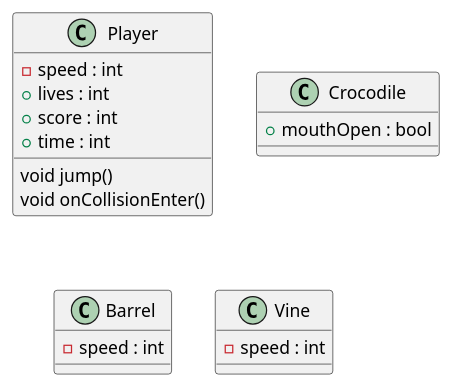
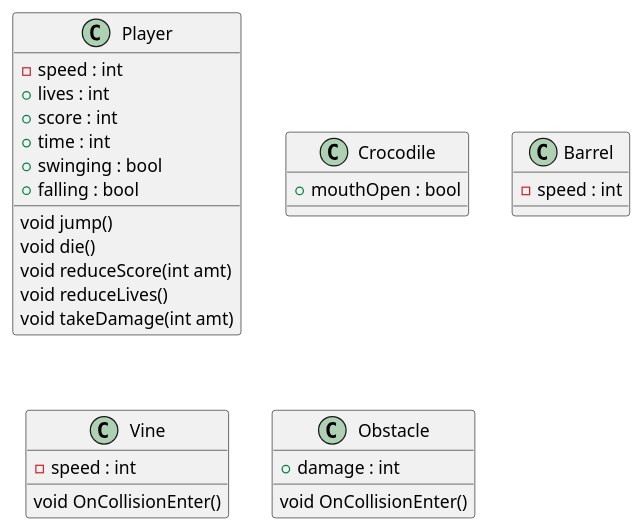
One commit to pparke/pitfall-challenge changed the diagram in doc/classlist.puml. Above: the diagram before and after it, drawn with PlantUML.

Commit message:
updated classlist

```diff
--- a/doc/classlist.puml
+++ b/doc/classlist.puml
@@ -1,22 +1,33 @@
 @startuml
 class Player {
  - speed : int
  + lives : int
  + score : int
  + time : int
+ + swinging : bool
+ + falling : bool
  void jump()
- void onCollisionEnter()
+ void die()
+ void reduceScore(int amt)
+ void reduceLives()
+ void takeDamage(int amt)
 }
 
 class Crocodile {
  + mouthOpen : bool
 }
 
 class Barrel {
  - speed : int
 }
 
 class Vine {
  - speed : int
+ void OnCollisionEnter()
+}
+
+class Obstacle {
+  void OnCollisionEnter()
+  + damage : int
 }
 @enduml
```
